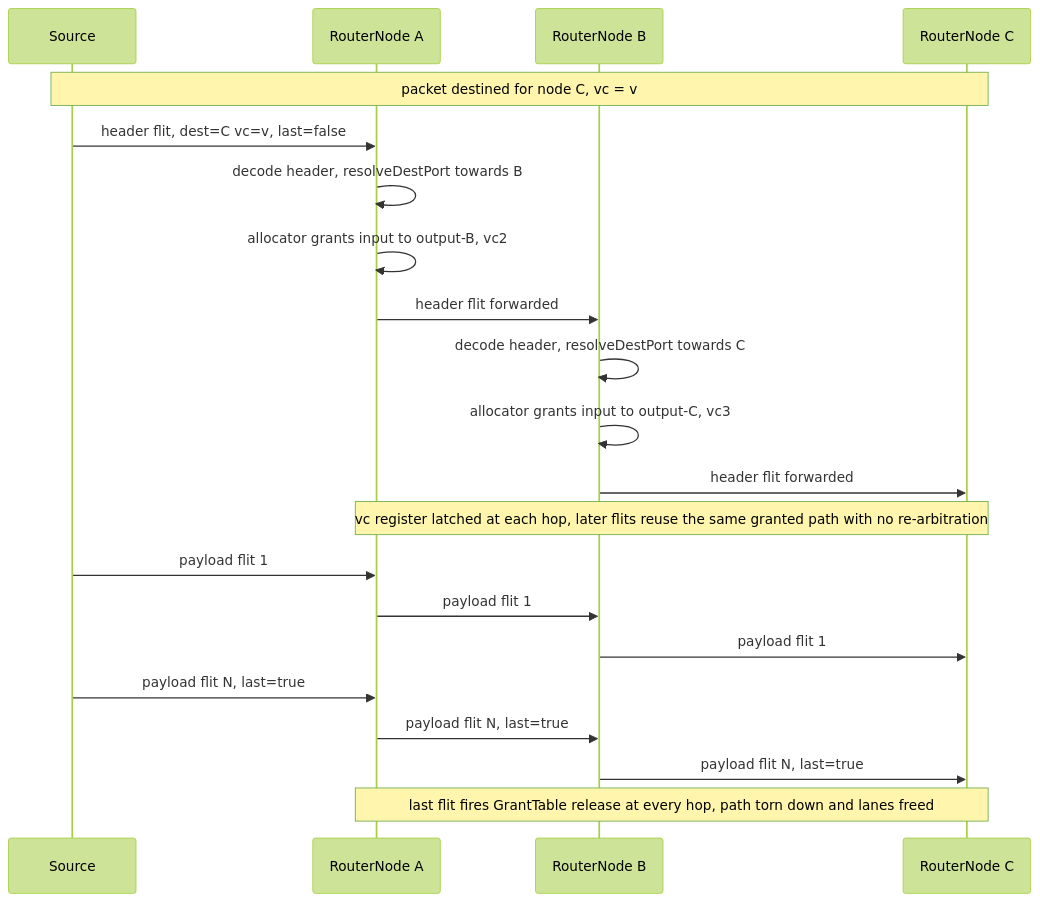
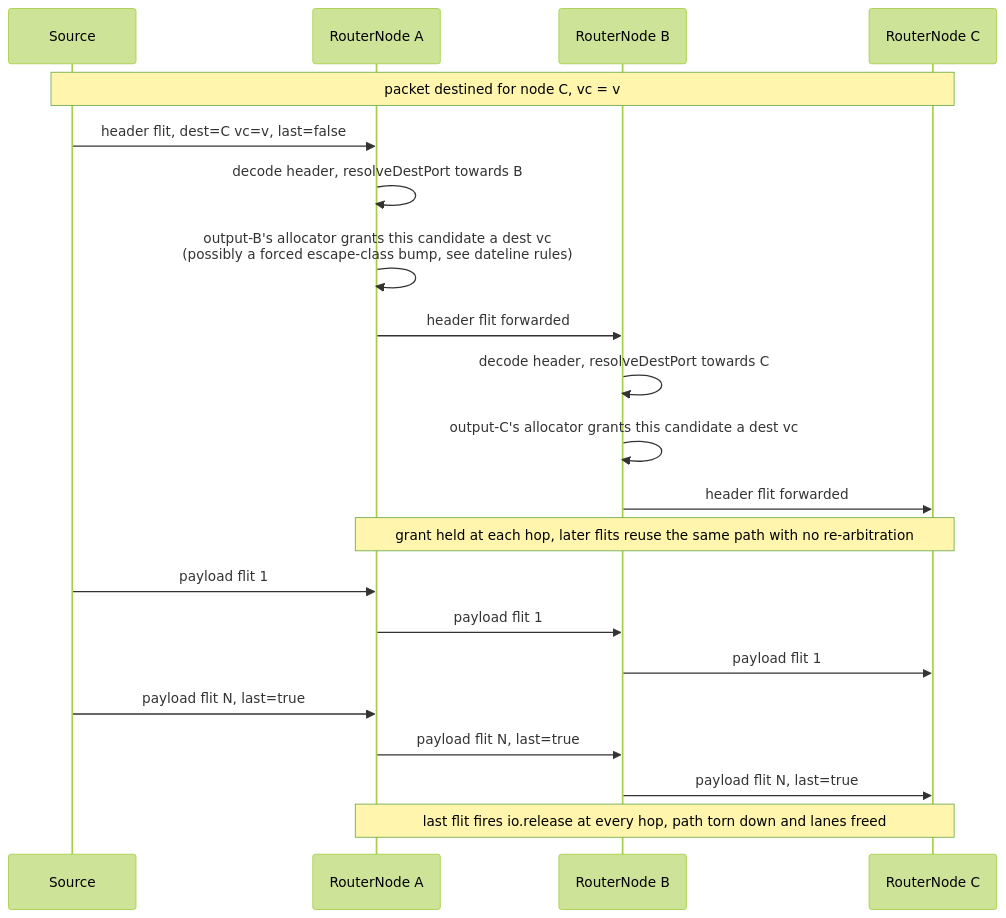
Diagram 13 of 16 in hw/spinal/spinalextras/lib/noc/README.md (jdavidberger/SpinalHDLExtras), drawn with Mermaid (forest theme) before and after one commit. The commit also changed other lines of this file, not shown here.

First line of the commit message:
Rewrite lib/noc README to match current architecture

````diff
--- a/hw/spinal/spinalextras/lib/noc/README.md
+++ b/hw/spinal/spinalextras/lib/noc/README.md
@@ -347,24 +529,24 @@
 ```mermaid
 sequenceDiagram
   participant Src as Source
   participant A as RouterNode A
   participant B as RouterNode B
   participant C as RouterNode C
 
   Note over Src,C: packet destined for node C, vc = v
   Src->>A: header flit, dest=C vc=v, last=false
   A->>A: decode header, resolveDestPort towards B
-  A->>A: allocator grants input to output-B, vc2
+  A->>A: output-B's allocator grants this candidate a dest vc<br/>(possibly a forced escape-class bump, see dateline rules)
   A->>B: header flit forwarded
   B->>B: decode header, resolveDestPort towards C
-  B->>B: allocator grants input to output-C, vc3
+  B->>B: output-C's allocator grants this candidate a dest vc
   B->>C: header flit forwarded
-  Note over A,C: vc register latched at each hop, later flits reuse the same granted path with no re-arbitration
+  Note over A,C: grant held at each hop, later flits reuse the same path with no re-arbitration
   Src->>A: payload flit 1
   A->>B: payload flit 1
   B->>C: payload flit 1
   Src->>A: payload flit N, last=true
   A->>B: payload flit N, last=true
   B->>C: payload flit N, last=true
-  Note over A,C: last flit fires GrantTable release at every hop, path torn down and lanes freed
+  Note over A,C: last flit fires io.release at every hop, path torn down and lanes freed
 ```
````
